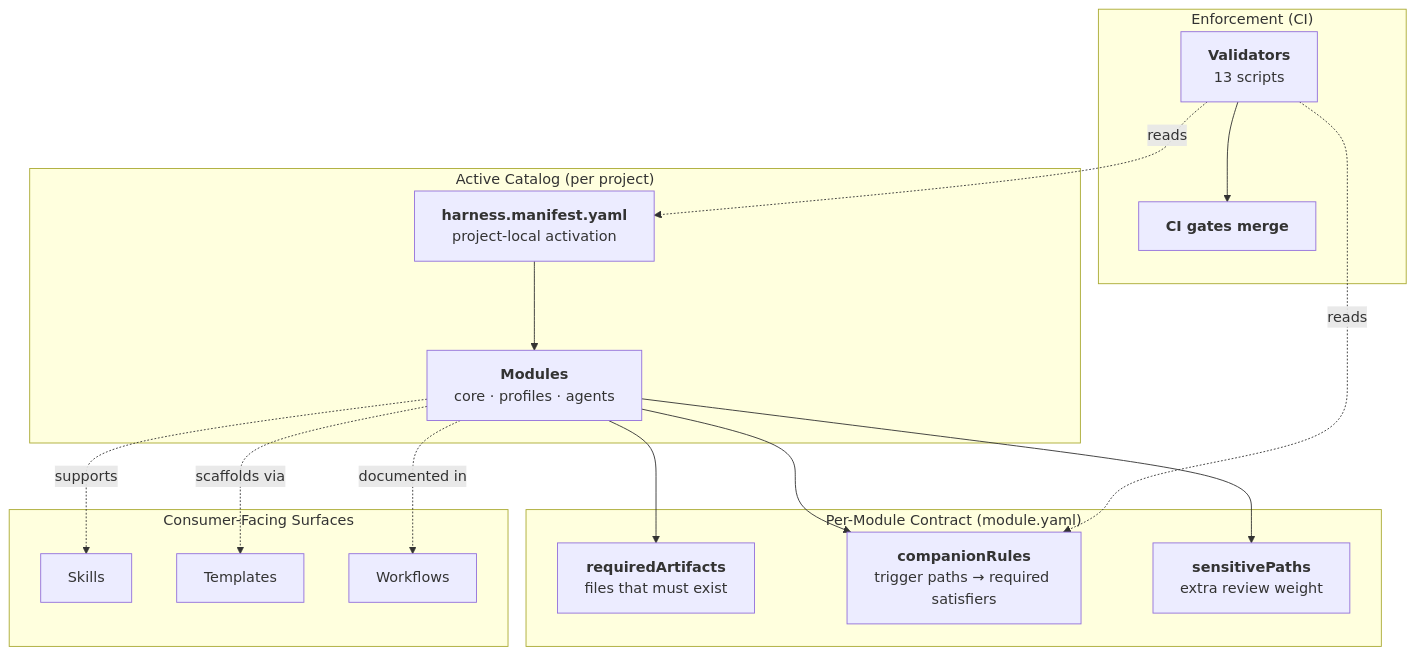
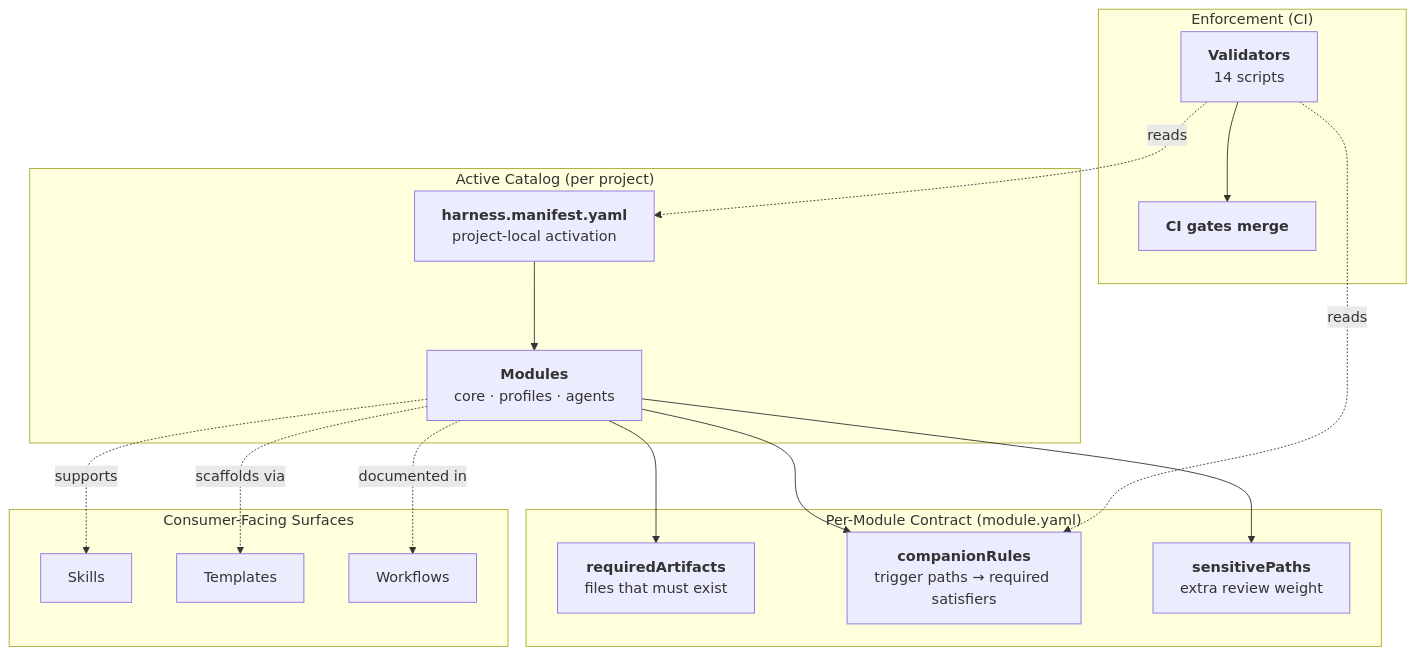
Before and after one commit to unclenate/auto-harness: the diagram in README.md, drawn with Mermaid. The commit also changed other lines of this file and 34 other files, not shown here.

````diff
--- a/README.md
+++ b/README.md
@@ -130,31 +130,31 @@
 ```mermaid
 flowchart TD
     Manifest["<b>harness.manifest.yaml</b><br/>project-local activation"]
 
     subgraph CATALOG["Active Catalog (per project)"]
         Manifest --> Modules["<b>Modules</b><br/>core · profiles · agents"]
     end
 
     subgraph CONTRACT["Per-Module Contract (module.yaml)"]
         Modules --> Required["<b>requiredArtifacts</b><br/>files that must exist"]
         Modules --> Companions["<b>companionRules</b><br/>trigger paths → required satisfiers"]
         Modules --> Sensitive["<b>sensitivePaths</b><br/>extra review weight"]
     end
 
     subgraph ENFORCE["Enforcement (CI)"]
-        Validators["<b>Validators</b><br/>13 scripts"]
+        Validators["<b>Validators</b><br/>14 scripts"]
         Validators -.reads.-> Manifest
         Validators -.reads.-> Companions
         Validators --> CIGate["<b>CI gates merge</b>"]
     end
 
     subgraph SURFACE["Consumer-Facing Surfaces"]
         Skills["Skills"]
         Templates["Templates"]
         Workflows["Workflows"]
     end
 
     Modules -.supports.-> Skills
     Modules -.scaffolds via.-> Templates
     Modules -.documented in.-> Workflows
 ```
````
